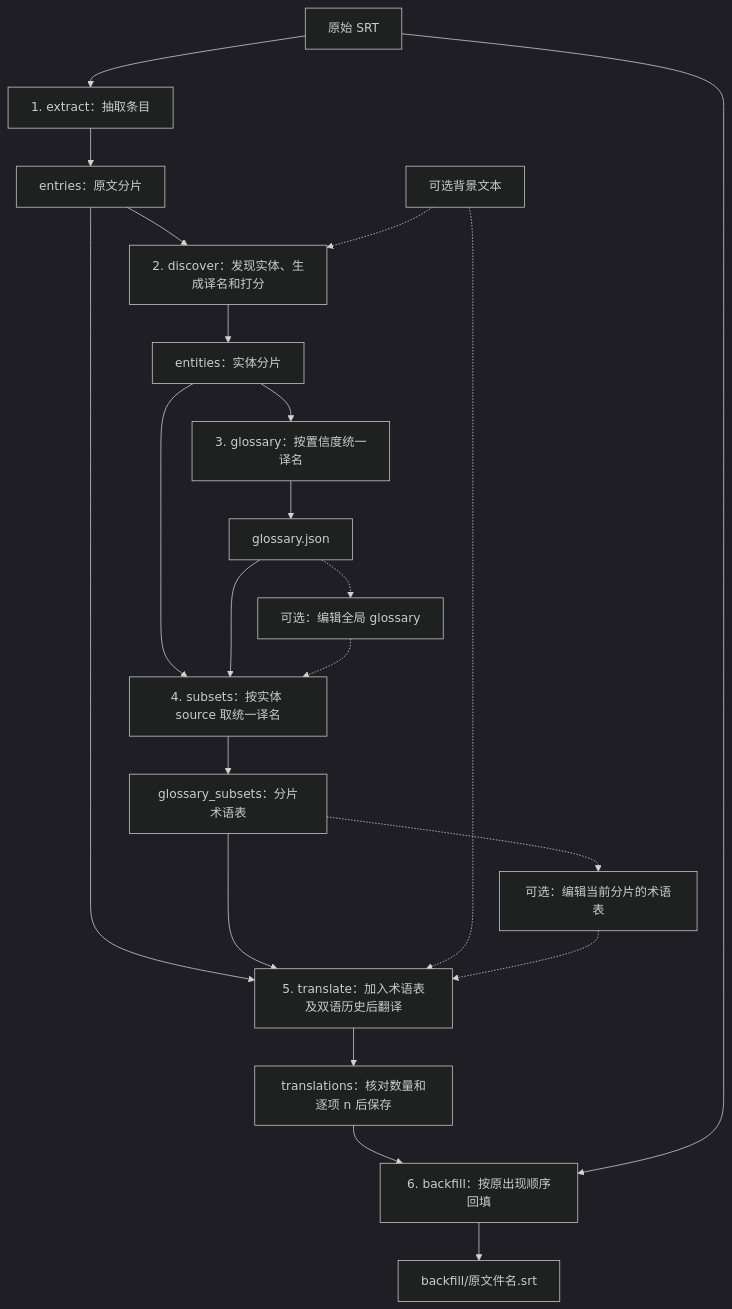
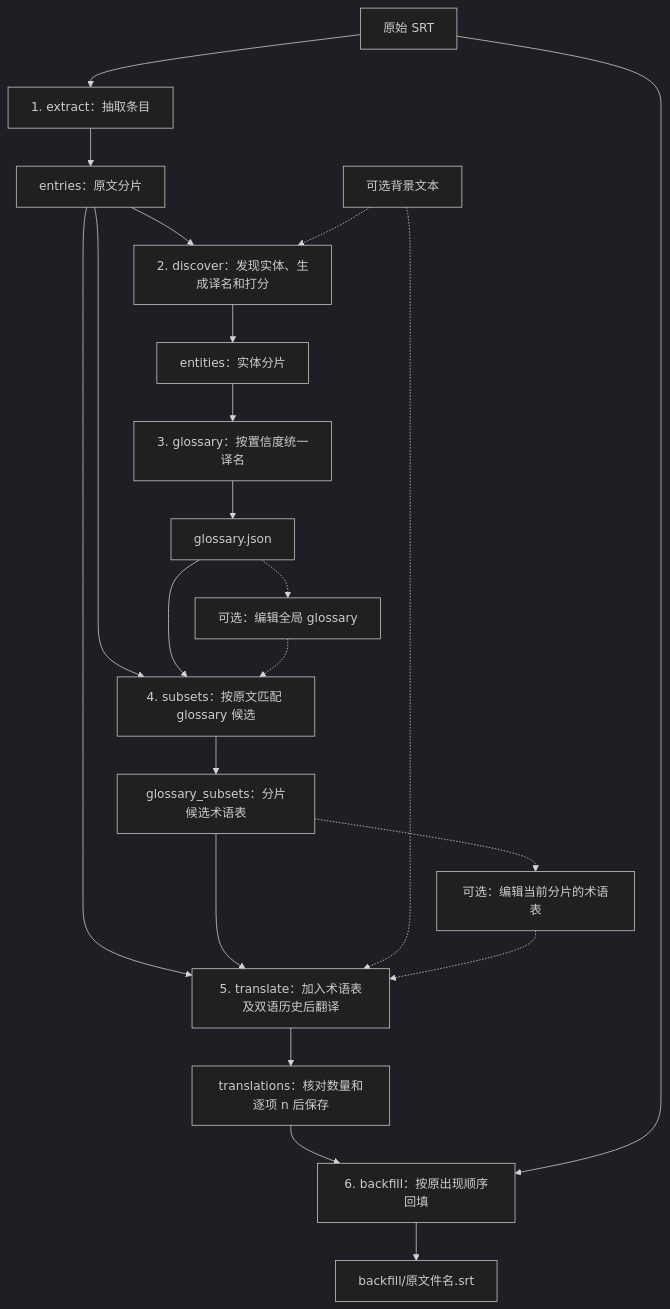
The diagram in README.md (chansey97/srt-translate), drawn with Mermaid (dark theme) before and after one commit. The commit also changed other lines of this file and 7 other files, not shown here.

````diff
--- a/README.md
+++ b/README.md
@@ -7,24 +7,24 @@
 ```mermaid
 flowchart TD
     A[原始 SRT] --> B["1. extract：抽取条目"]
     B --> C["entries：原文分片"]
     C --> D["2. discover：发现实体、生成译名和打分"]
     D --> E["entities：实体分片"]
     E --> F["3. glossary：按置信度统一译名"]
     F --> G["glossary.json"]
-    E --> H["4. subsets：按实体 source 取统一译名"]
+    C --> H["4. subsets：按原文匹配 glossary 候选"]
     G --> H
-    H --> I["glossary_subsets：分片术语表"]
+    H --> I["glossary_subsets：分片候选术语表"]
     C --> J["5. translate：加入术语表及双语历史后翻译"]
     I --> J
     J --> K["translations：核对数量和逐项 n 后保存"]
     K --> L["6. backfill：按原出现顺序回填"]
     A --> L
     L --> M["backfill/原文件名.srt"]
     Z["可选背景文本"] -.-> D
     Z -.-> J
     G -.-> R["可选：编辑全局 glossary"]
     R -.-> H
     I -.-> S["可选：编辑当前分片的术语表"]
     S -.-> J
 ```
````
